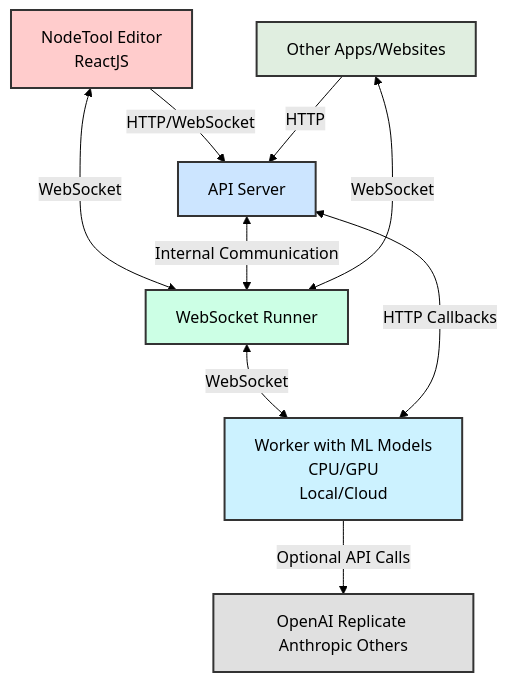
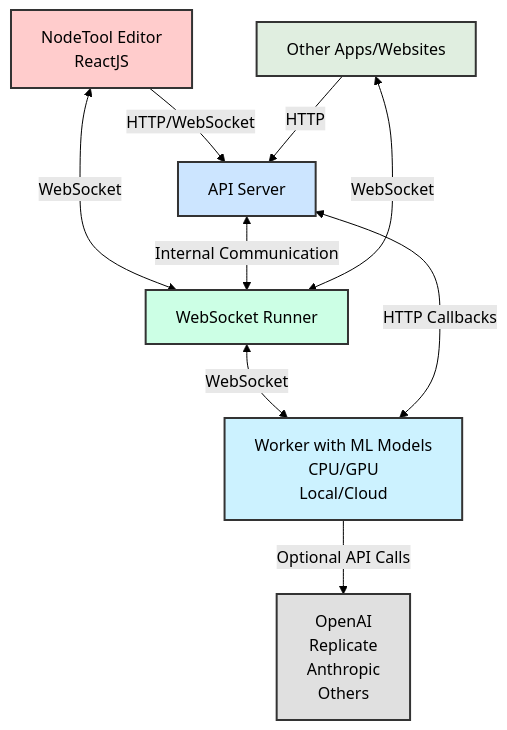
Before and after one commit to nodetool-ai/nodetool: the diagram in README.md, drawn with Mermaid (forest theme).

Commit message:
Update README.md chart3

````diff
--- a/README.md
+++ b/README.md
@@ -138,28 +138,26 @@
 ```mermaid
 graph TD
 A[NodeTool Editor<br>ReactJS] -->|HTTP/WebSocket| B[API Server]
 A <-->|WebSocket| C[WebSocket Runner]
 B <-->|Internal Communication| C
 C <-->|WebSocket| D[Worker with ML Models<br>CPU/GPU<br>Local/Cloud]
 D <-->|HTTP Callbacks| B
 E[Other Apps/Websites] -->|HTTP| B
 E <-->|WebSocket| C
-D -->|Optional API Calls| F[OpenAI Replicate Anthropic Others]
-
+D -->|Optional API Calls| F[OpenAI<br>Replicate<br>Anthropic<br>Others]
 
     classDef default fill:#e0eee0,stroke:#333,stroke-width:2px,color:#000;
     classDef frontend fill:#ffcccc,stroke:#333,stroke-width:2px,color:#000;
     classDef server fill:#cce5ff,stroke:#333,stroke-width:2px,color:#000;
     classDef runner fill:#ccffe5,stroke:#333,stroke-width:2px,color:#000;
     classDef worker fill:#ccf2ff,stroke:#333,stroke-width:2px,color:#000;
     classDef api fill:#e0e0e0,stroke:#333,stroke-width:2px,color:#000;
     classDef darkgray fill:#a9a9a9,stroke:#333,stroke-width:2px,color:#000;
 
-
     class A frontend;
     class B server;
     class C runner;
     class D worker;
     class E other;
     class F api;
 ```
````
